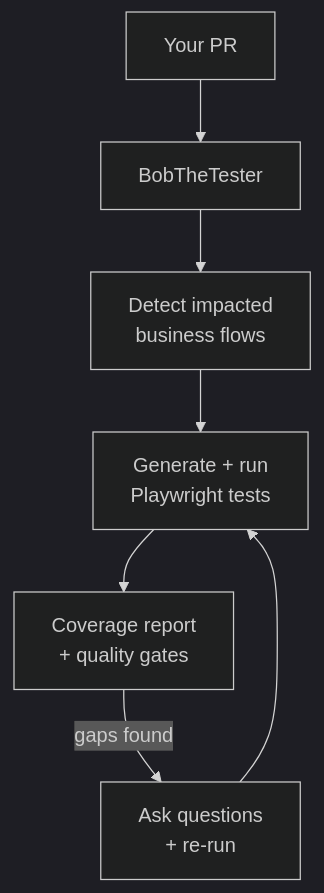
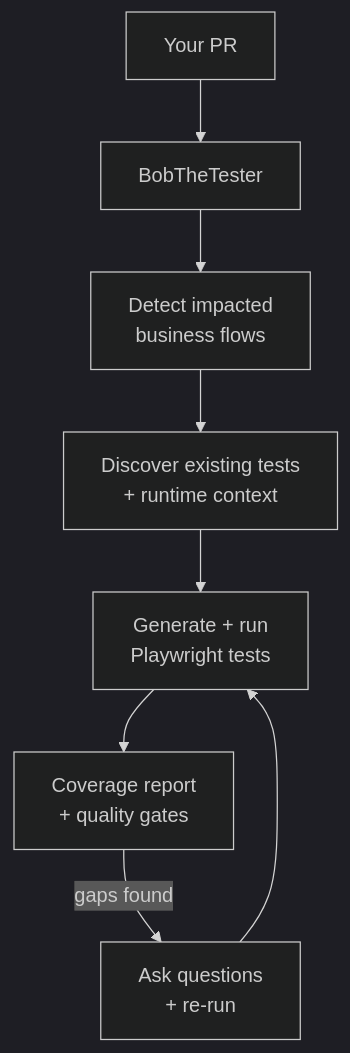
The first of 2 diagrams in README.md (AlbertoSardo/BobTheTester), drawn with Mermaid (dark theme) before and after one commit. The commit also changed other lines of this file and 8 other files, not shown here.

````diff
--- a/README.md
+++ b/README.md
@@ -13,9 +13,10 @@
 ```mermaid
 flowchart TD
     A["Your PR"] --> B["BobTheTester"]
     B --> C["Detect impacted\nbusiness flows"]
-    C --> D["Generate + run\nPlaywright tests"]
-    D --> E["Coverage report\n+ quality gates"]
-    E -->|gaps found| F["Ask questions\n+ re-run"]
-    F --> D
+    C --> D["Discover existing tests\n+ runtime context"]
+    D --> E["Generate + run\nPlaywright tests"]
+    E --> F["Coverage report\n+ quality gates"]
+    F -->|gaps found| G["Ask questions\n+ re-run"]
+    G --> E
 ```
````
